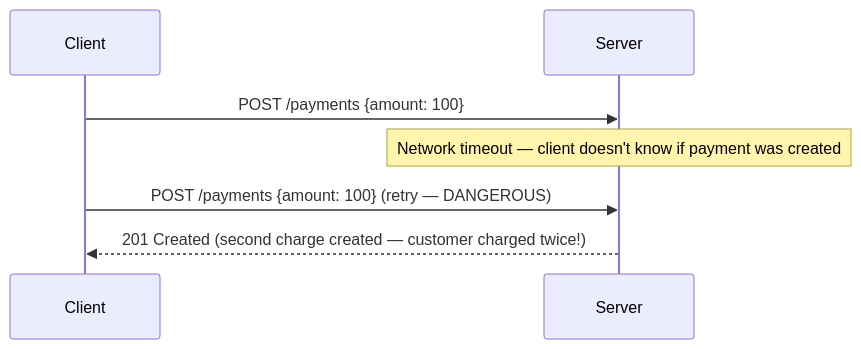
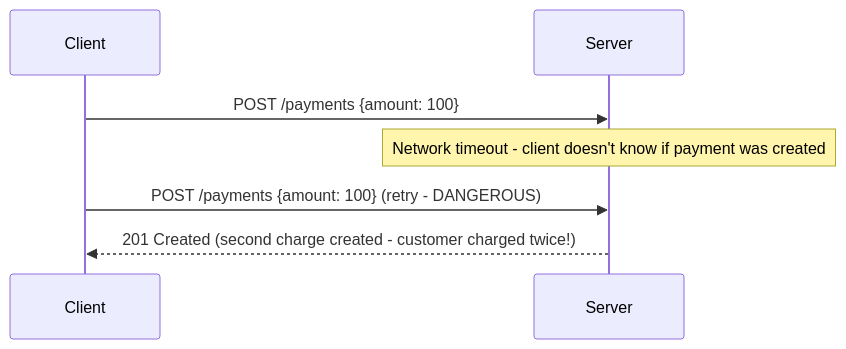
One commit to b-balakrishna/system-design changed the third of 4 diagrams in phase-2-foundations/topic-9-rest-apis.md. Above: the diagram before and after it, drawn with Mermaid. The commit also changed other lines of this file and 165 other files, not shown here.

Commit message:
feat: add comprehensive system design documentation covering foundations, backend, frontend, distributed systems, and AI/ML architectures

````diff
--- a/phase-2-foundations/topic-9-rest-apis.md
+++ b/phase-2-foundations/topic-9-rest-apis.md
@@ -91,10 +91,10 @@
 ```mermaid
 sequenceDiagram
     participant C as Client
     participant S as Server
 
     C->>S: POST /payments {amount: 100}
-    Note over S: Network timeout — client doesn't know if payment was created
-    C->>S: POST /payments {amount: 100} (retry — DANGEROUS)
-    S-->>C: 201 Created (second charge created — customer charged twice!)
+    Note over S: Network timeout  -  client doesn't know if payment was created
+    C->>S: POST /payments {amount: 100} (retry  -  DANGEROUS)
+    S-->>C: 201 Created (second charge created  -  customer charged twice!)
 ```
````
